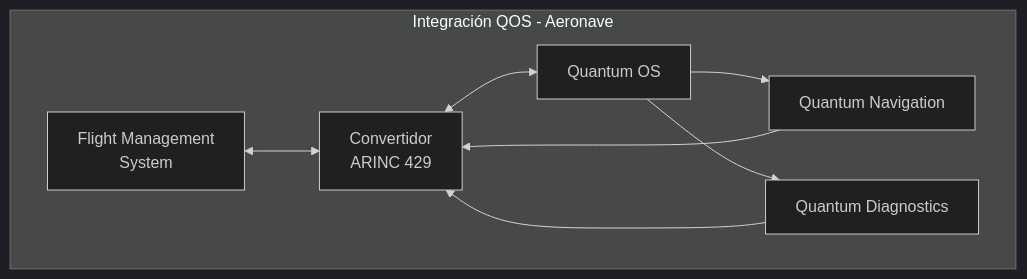
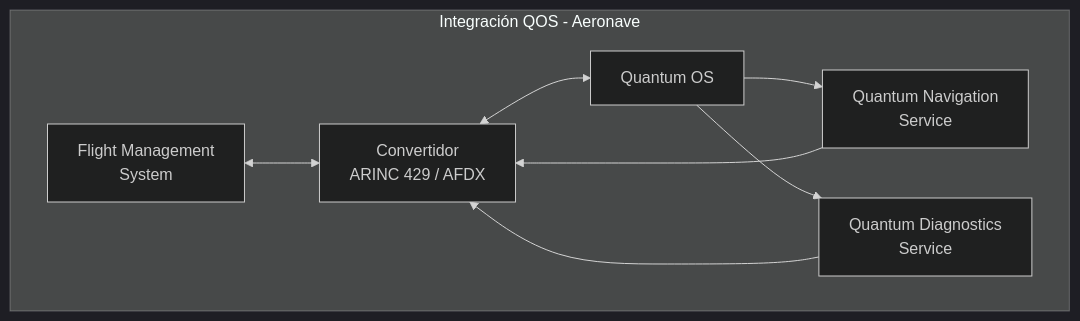
Before and after one commit to Robbbo-T/A-Q-U-A_V: the fifth of 7 diagrams in PRODUCT_LINES/QUANTUM/QUANTUM_SOFTWARE/CONCEPT/ARCHITECTURE/QUA-QSOFT-25SVD0001-CON-BOB-R&I-TD-QCSAA-901-020-00-01-TPL-CON-012-QSCI-v1.0.0.md, drawn with Mermaid (dark theme). The commit also changed other lines of this file, not shown here.

````diff
--- a/PRODUCT_LINES/QUANTUM/QUANTUM_SOFTWARE/CONCEPT/ARCHITECTURE/QUA-QSOFT-25SVD0001-CON-BOB-R&I-TD-QCSAA-901-020-00-01-TPL-CON-012-QSCI-v1.0.0.md
+++ b/PRODUCT_LINES/QUANTUM/QUANTUM_SOFTWARE/CONCEPT/ARCHITECTURE/QUA-QSOFT-25SVD0001-CON-BOB-R&I-TD-QCSAA-901-020-00-01-TPL-CON-012-QSCI-v1.0.0.md
@@ -521,18 +829,18 @@
 ```mermaid
 graph TD
     subgraph "Integración QOS - Aeronave"
         FMS[Flight Management<br/>System]
         QOS[Quantum OS]
-        QNS[Quantum Navigation]
-        QDS[Quantum Diagnostics]
-        CONV[Convertidor<br/>ARINC 429]
+        QNS[Quantum Navigation<br/>Service]
+        QDS[Quantum Diagnostics<br/>Service]
+        CONV[Convertidor<br/>ARINC 429 / AFDX]
         
         FMS <--> CONV
         CONV <--> QOS
         QOS --> QNS
         QOS --> QDS
         
         QNS --> CONV
         QDS --> CONV
     end
 ```
````
